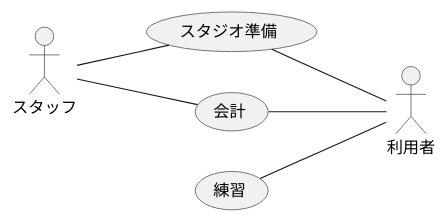
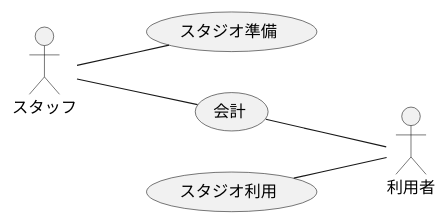
One commit to TakashiOnawa/ddd-practice-studio-reservation changed the diagram in modeling/04_BusinessUsecase_スタジオ利用.pu. Above: the diagram before and after it, drawn with PlantUML. The commit also changed 38 other files, not shown here.

```diff
--- a/modeling/04_BusinessUsecase_スタジオ利用.pu
+++ b/modeling/04_BusinessUsecase_スタジオ利用.pu
@@ -1,14 +1,13 @@
 @startuml BusinessUsecase 
 
 left to right direction
 
 actor スタッフ
 actor 利用者
 
 スタッフ -- (スタジオ準備)
-(スタジオ準備) -- 利用者
-(練習) -- 利用者
+(スタジオ利用) -- 利用者
 (会計) -- 利用者
 スタッフ -- (会計)
 
 @enduml
```
